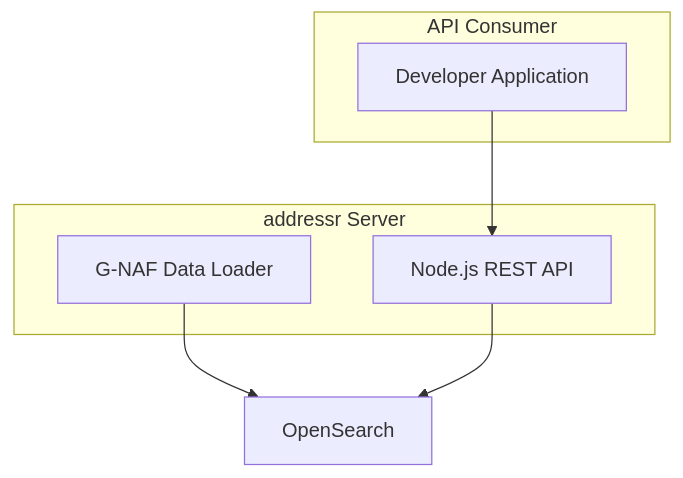
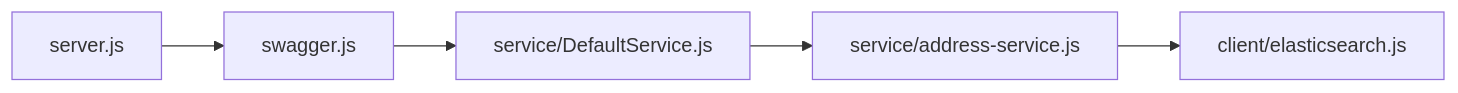
The sixth of 6 diagrams in docs/architecture/C4_MODEL.md (mountain-pass/addressr), drawn with Mermaid before and after one commit. The commit also changed other lines of this file and 26 other files, not shown here.

First line of the commit message:
chore: add architecture documentation, ADRs, WIP risk nudging, and C4 model

````diff
--- a/docs/architecture/C4_MODEL.md
+++ b/docs/architecture/C4_MODEL.md
@@ -23,17 +157,13 @@
 ```mermaid
-flowchart TB
-  subgraph client["API Consumer"]
-    app["Developer Application"]
-  end
+flowchart LR
+  server["server.js"]
+  swagger["swagger.js"]
+  defaultSvc["service/DefaultService.js"]
+  addressSvc["service/address-service.js"]
+  esClient["client/elasticsearch.js"]
 
-  subgraph server["addressr Server"]
-    api["Node.js REST API"]
-    loader["G-NAF Data Loader"]
-  end
-
-  opensearch["OpenSearch"]
-
-  app --> api
-  loader --> opensearch
-  api --> opensearch
+  server --> swagger
+  swagger --> defaultSvc
+  defaultSvc --> addressSvc
+  addressSvc --> esClient
 ```
````
